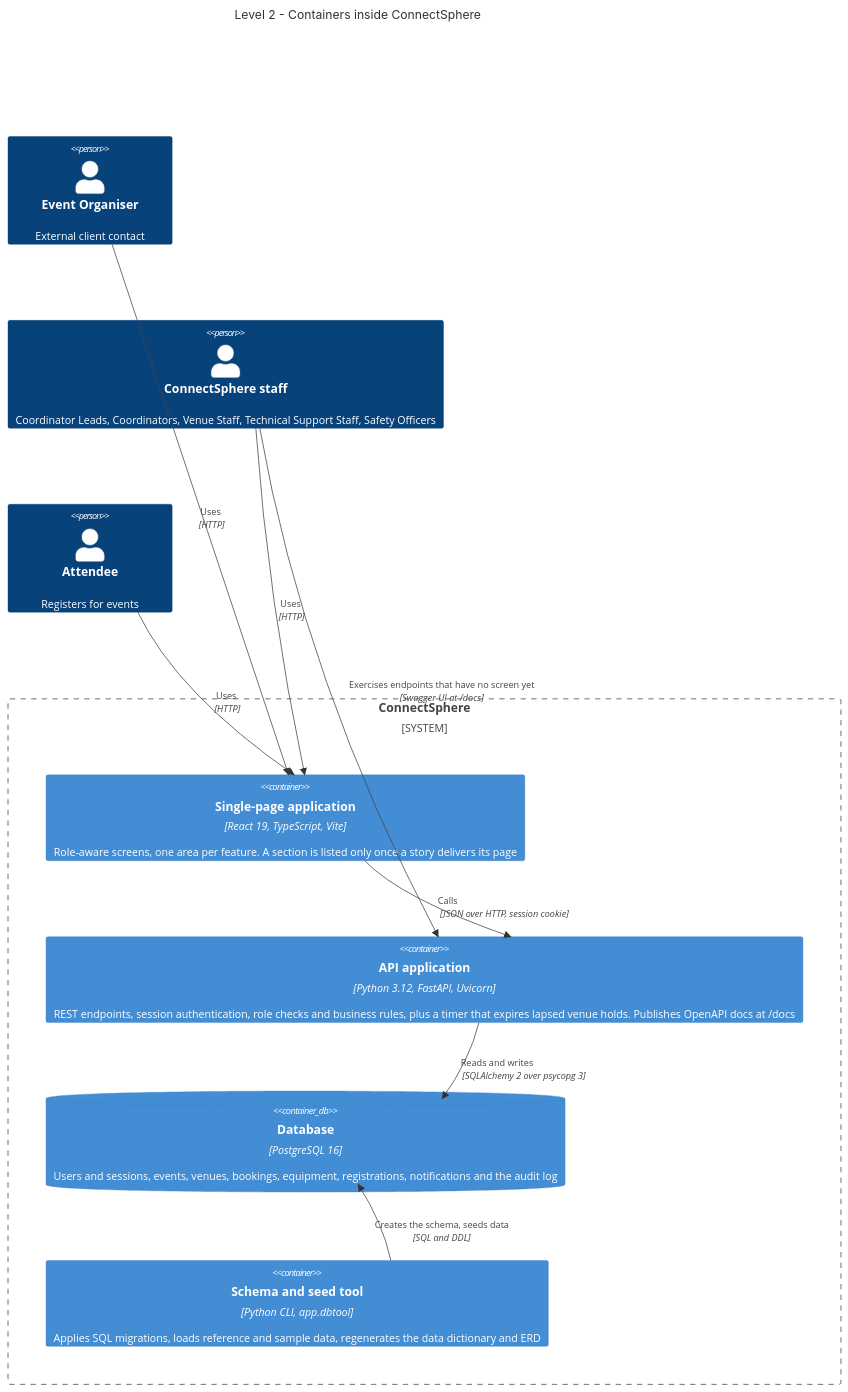
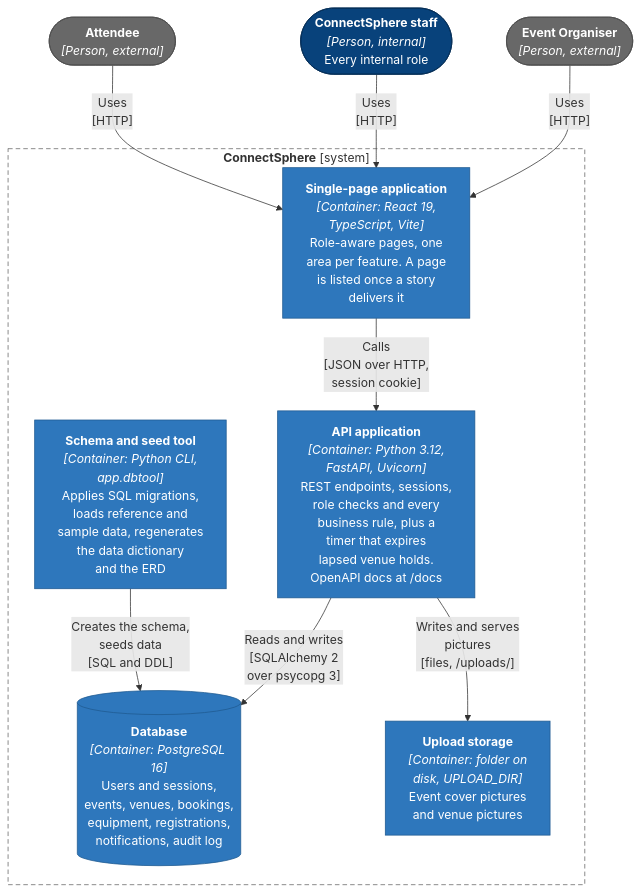
The second of 7 diagrams in docs/C4_MODEL.md (mecmk/SPM-G5), drawn with Mermaid before and after one commit. The commit also changed other lines of this file, not shown here.

First line of the commit message:
docs: redraw the C4 diagrams as Mermaid flowcharts and add upload storage (#194)

````diff
--- a/docs/C4_MODEL.md
+++ b/docs/C4_MODEL.md
@@ -56,25 +63,28 @@
 ```mermaid
-C4Container
-    title Level 2 - Containers inside ConnectSphere
+flowchart TB
+    classDef person fill:#08427b,stroke:#052e56,color:#ffffff
+    classDef external fill:#686868,stroke:#4d4d4d,color:#ffffff
+    classDef container fill:#2e77bc,stroke:#1f5a91,color:#ffffff
 
-    Person(organiser, "Event Organiser", "External client contact")
-    Person(staff, "ConnectSphere staff", "Coordinator Leads, Coordinators, Venue Staff, Technical Support Staff, Safety Officers")
-    Person(attendee, "Attendee", "Registers for events")
+    organiser(["<b>Event Organiser</b><br/><i>[Person, external]</i>"]):::external
+    staff(["<b>ConnectSphere staff</b><br/><i>[Person, internal]</i><br/>Every internal role"]):::person
+    attendee(["<b>Attendee</b><br/><i>[Person, external]</i>"]):::external
 
-    System_Boundary(connectsphere, "ConnectSphere") {
-        Container(spa, "Single-page application", "React 19, TypeScript, Vite", "Role-aware screens, one area per feature. A section is listed only once a story delivers its page")
-        Container(api, "API application", "Python 3.12, FastAPI, Uvicorn", "REST endpoints, session authentication, role checks and business rules, plus a timer that expires lapsed venue holds. Publishes OpenAPI docs at /docs")
-        ContainerDb(db, "Database", "PostgreSQL 16", "Users and sessions, events, venues, bookings, equipment, registrations, notifications and the audit log")
-        Container(dbtool, "Schema and seed tool", "Python CLI, app.dbtool", "Applies SQL migrations, loads reference and sample data, regenerates the data dictionary and ERD")
-    }
+    subgraph connectsphere["<b>ConnectSphere</b> [system]"]
+        spa["<b>Single-page application</b><br/><i>[Container: React 19,<br/>TypeScript, Vite]</i><br/>Role-aware pages, one<br/>area per feature. A page<br/>is listed once a story<br/>delivers it"]:::container
+        api["<b>API application</b><br/><i>[Container: Python 3.12,<br/>FastAPI, Uvicorn]</i><br/>REST endpoints, sessions,<br/>role checks and every<br/>business rule, plus a<br/>timer that expires<br/>lapsed venue holds.<br/>OpenAPI docs at /docs"]:::container
+        db[("<b>Database</b><br/><i>[Container: PostgreSQL 16]</i><br/>Users and sessions,<br/>events, venues, bookings,<br/>equipment, registrations,<br/>notifications, audit log")]:::container
+        uploads["<b>Upload storage</b><br/><i>[Container: folder on<br/>disk, UPLOAD_DIR]</i><br/>Event cover pictures<br/>and venue pictures"]:::container
+        dbtool["<b>Schema and seed tool</b><br/><i>[Container: Python CLI,<br/>app.dbtool]</i><br/>Applies SQL migrations,<br/>loads reference and<br/>sample data, regenerates<br/>the data dictionary<br/>and the ERD"]:::container
+    end
 
-    Rel(organiser, spa, "Uses", "HTTP")
-    Rel(staff, spa, "Uses", "HTTP")
-    Rel(attendee, spa, "Uses", "HTTP")
-    Rel(staff, api, "Exercises endpoints that have no screen yet", "Swagger UI at /docs")
-    Rel(spa, api, "Calls", "JSON over HTTP, session cookie")
-    Rel(api, db, "Reads and writes", "SQLAlchemy 2 over psycopg 3")
-    Rel(dbtool, db, "Creates the schema, seeds data", "SQL and DDL")
+    organiser -->|"Uses<br/>[HTTP]"| spa
+    staff -->|"Uses<br/>[HTTP]"| spa
+    attendee -->|"Uses<br/>[HTTP]"| spa
+    spa -->|"Calls<br/>[JSON over HTTP,<br/>session cookie]"| api
+    api -->|"Reads and writes<br/>[SQLAlchemy 2<br/>over psycopg 3]"| db
+    api -->|"Writes and serves<br/>pictures<br/>[files, /uploads/]"| uploads
+    dbtool -->|"Creates the schema,<br/>seeds data<br/>[SQL and DDL]"| db
 
-    UpdateLayoutConfig($c4ShapeInRow="2", $c4BoundaryInRow="1")
+    style connectsphere fill:none,stroke:#666666,stroke-dasharray:6 4
 ```
````
